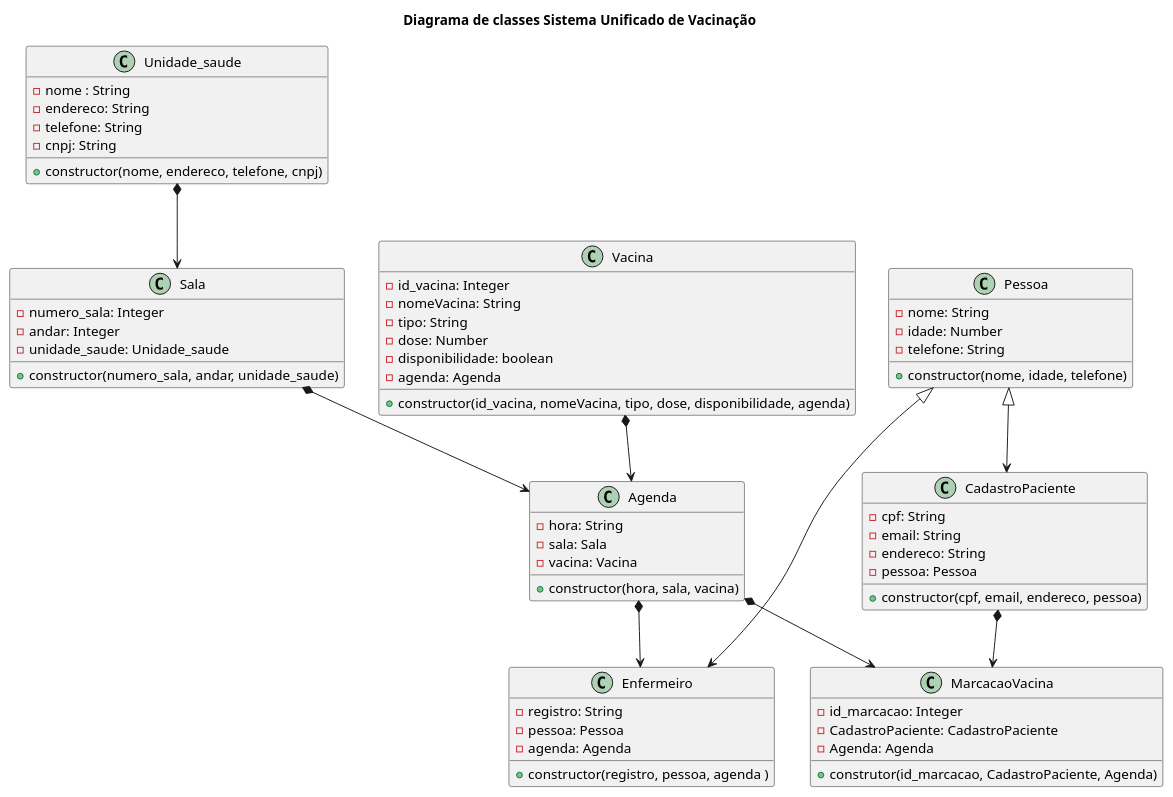
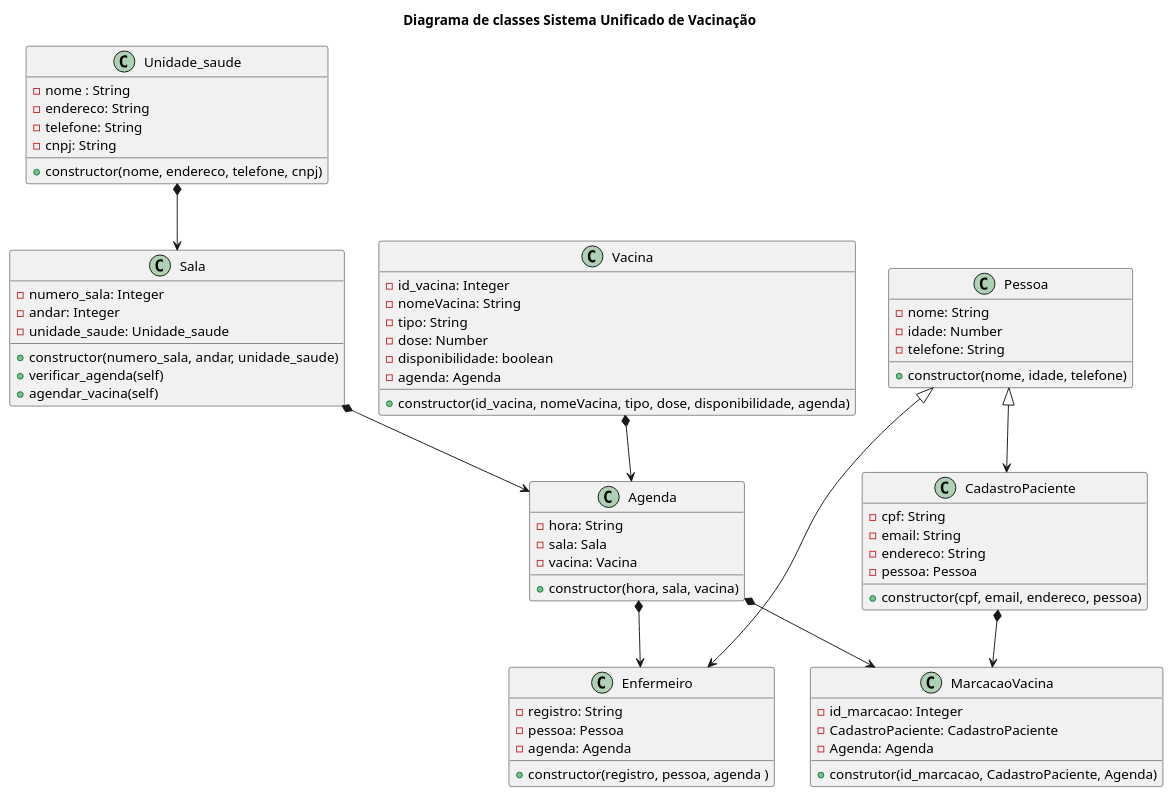
Before and after one commit to anleaes/2022-1-N2-POO-01: the diagram in diagrama_classe.plantuml, drawn with PlantUML.

Commit message:
atualizacao da classe SALA no diagrama de classes

```diff
--- a/diagrama_classe.plantuml
+++ b/diagrama_classe.plantuml
@@ -1,76 +1,78 @@
 @startuml
 
 title Diagrama de classes Sistema Unificado de Vacinação
 
 class Unidade_saude{
     - nome : String
     - endereco: String
     - telefone: String
     - cnpj: String
     + constructor(nome, endereco, telefone, cnpj)
 }
 
 class Sala{
     - numero_sala: Integer
     - andar: Integer
     - unidade_saude: Unidade_saude 
     + constructor(numero_sala, andar, unidade_saude)
+    + verificar_agenda(self)
+    + agendar_vacina(self)
 }
 
 class Agenda{
     - hora: String
     - sala: Sala
     - vacina: Vacina
     + constructor(hora, sala, vacina)
 }
 
 
 Class Vacina{
     - id_vacina: Integer
     - nomeVacina: String
     - tipo: String
     - dose: Number
     - disponibilidade: boolean
     - agenda: Agenda
     + constructor(id_vacina, nomeVacina, tipo, dose, disponibilidade, agenda)
 }
 
 class Pessoa{
     - nome: String
     - idade: Number
     - telefone: String
     + constructor(nome, idade, telefone)
 }
 
 class CadastroPaciente {
     - cpf: String
     - email: String
     - endereco: String
     - pessoa: Pessoa
     + constructor(cpf, email, endereco, pessoa)
 }
 
 class Enfermeiro {
     - registro: String
     - pessoa: Pessoa
     - agenda: Agenda
     + constructor(registro, pessoa, agenda )
 }
 
 class MarcacaoVacina{
     - id_marcacao: Integer
     - CadastroPaciente: CadastroPaciente
     - Agenda: Agenda
     + construtor(id_marcacao, CadastroPaciente, Agenda)
 }
 
 Pessoa <|--> CadastroPaciente
 Pessoa <|--> Enfermeiro
 Unidade_saude *--> Sala
 Sala *--> Agenda
 Vacina *--> Agenda
 Agenda *--> Enfermeiro
 CadastroPaciente *--> MarcacaoVacina
 Agenda *--> MarcacaoVacina
 
 @enduml
```
